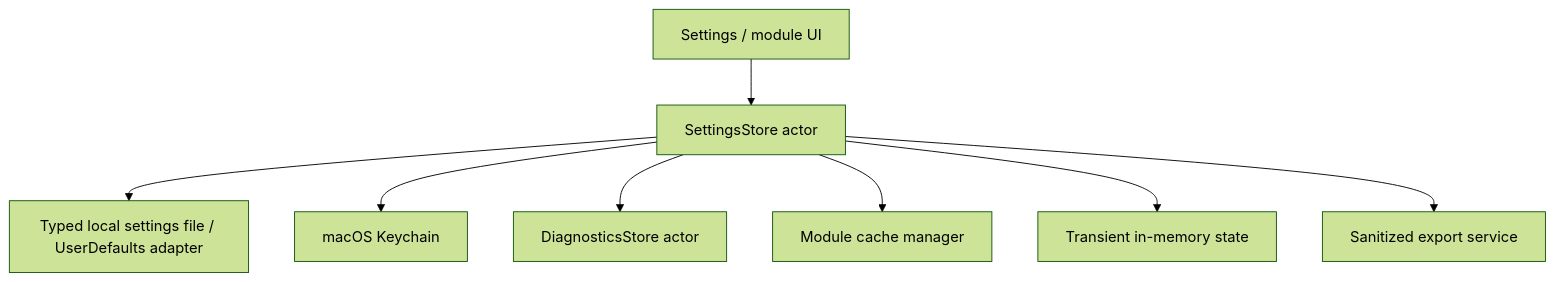
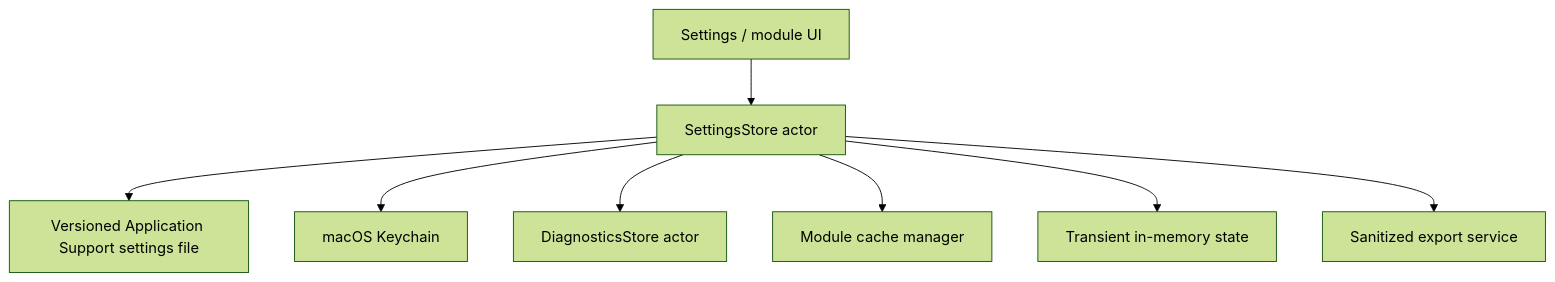
One commit to hailp-vn38/NotchHub changed the first of 2 diagrams in docs/architecture/data-persistence.md. Above: the diagram before and after it, drawn with Mermaid (forest theme). The commit also changed other lines of this file and 11 other files, not shown here.

````diff
--- a/docs/architecture/data-persistence.md
+++ b/docs/architecture/data-persistence.md
@@ -65,19 +65,19 @@
 ```mermaid
 flowchart TB
     UI[Settings / module UI]
     Core[SettingsStore actor]
-    Defaults[Typed local settings file / UserDefaults adapter]
+    Defaults[Versioned Application Support settings file]
     Keychain[macOS Keychain]
     Diag[DiagnosticsStore actor]
     Cache[Module cache manager]
     Memory[Transient in-memory state]
     Export[Sanitized export service]
 
     UI --> Core
     Core --> Defaults
     Core --> Keychain
     Core --> Diag
     Core --> Cache
     Core --> Memory
     Core --> Export
 ```
````
